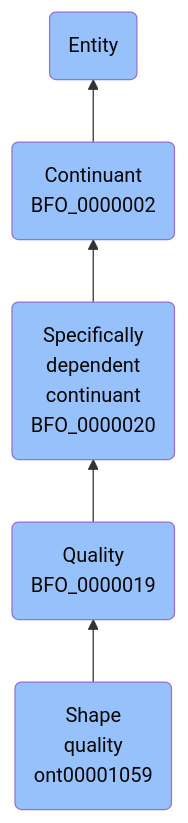
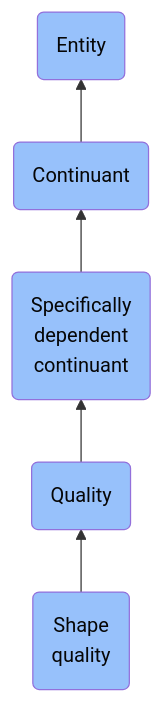
Before and after one commit to jupyter-naas/abi: the diagram in docs/ontology/reference/model/Entity/Continuant/Specifically dependent continuant/Quality/Shape quality/Shape quality.md, drawn with Mermaid. The commit also changed other lines of this file and 1430 other files, not shown here.

````diff
--- a/docs/ontology/reference/model/Entity/Continuant/Specifically dependent continuant/Quality/Shape quality/Shape quality.md
+++ b/docs/ontology/reference/model/Entity/Continuant/Specifically dependent continuant/Quality/Shape quality/Shape quality.md
@@ -24,12 +24,12 @@
 ```mermaid
 graph BT
-    ont00001059(Shape<br>quality<br>ont00001059):::BFO-->BFO_0000019
-    BFO_0000019(Quality<br>BFO_0000019):::BFO-->BFO_0000020
-    BFO_0000020(Specifically<br>dependent<br>continuant<br>BFO_0000020):::BFO-->BFO_0000002
-    BFO_0000002(Continuant<br>BFO_0000002):::BFO-->BFO_0000001
+    ont00001059(Shape<br>quality):::BFO-->BFO_0000019
+    BFO_0000019(Quality):::BFO-->BFO_0000020
+    BFO_0000020(Specifically<br>dependent<br>continuant):::BFO-->BFO_0000002
+    BFO_0000002(Continuant):::BFO-->BFO_0000001
     BFO_0000001(Entity):::BFO
     
     classDef BFO fill:#97c1fb,color:#060606
     classDef CCO fill:#e4c51e,color:#060606
     classDef ABI fill:#48DD82,color:#060606
 ```
````
